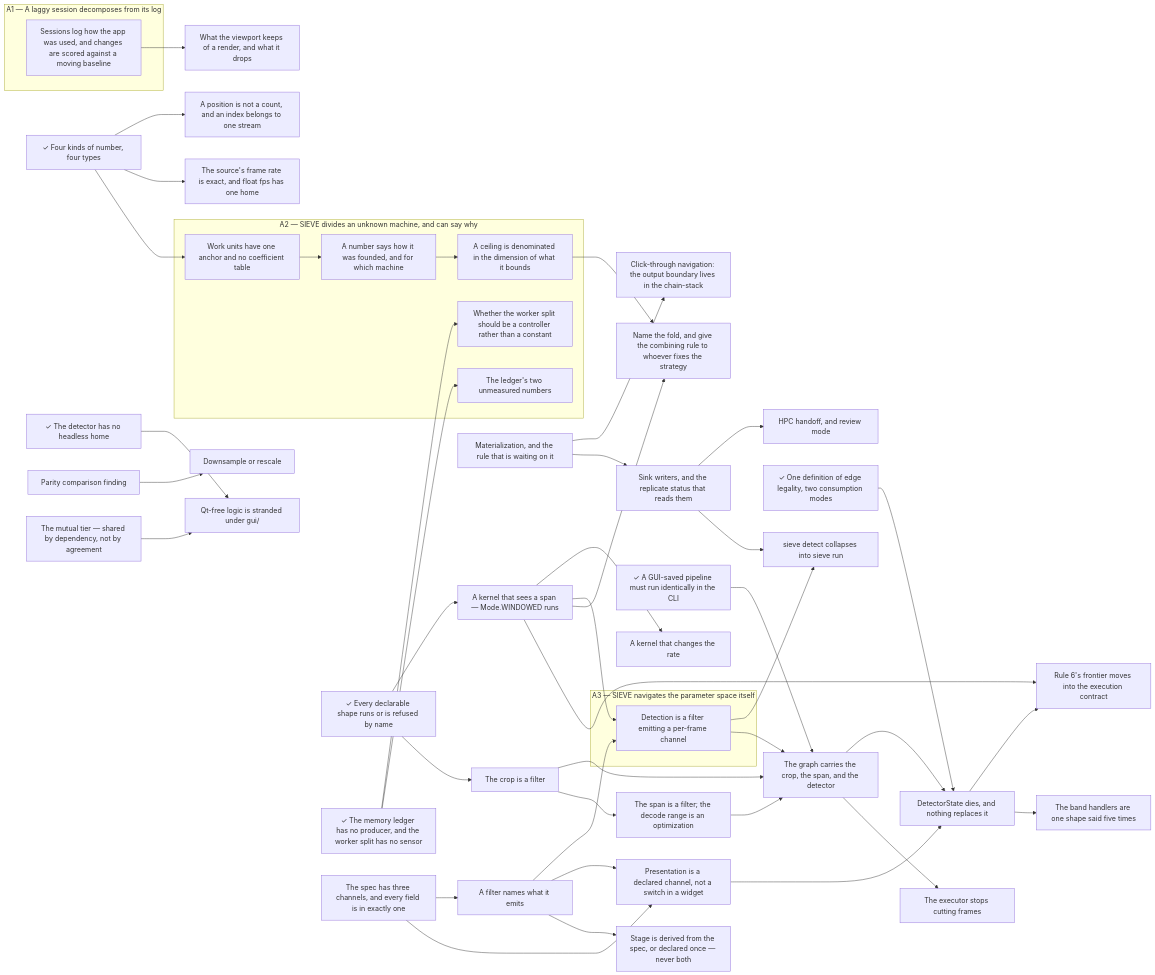
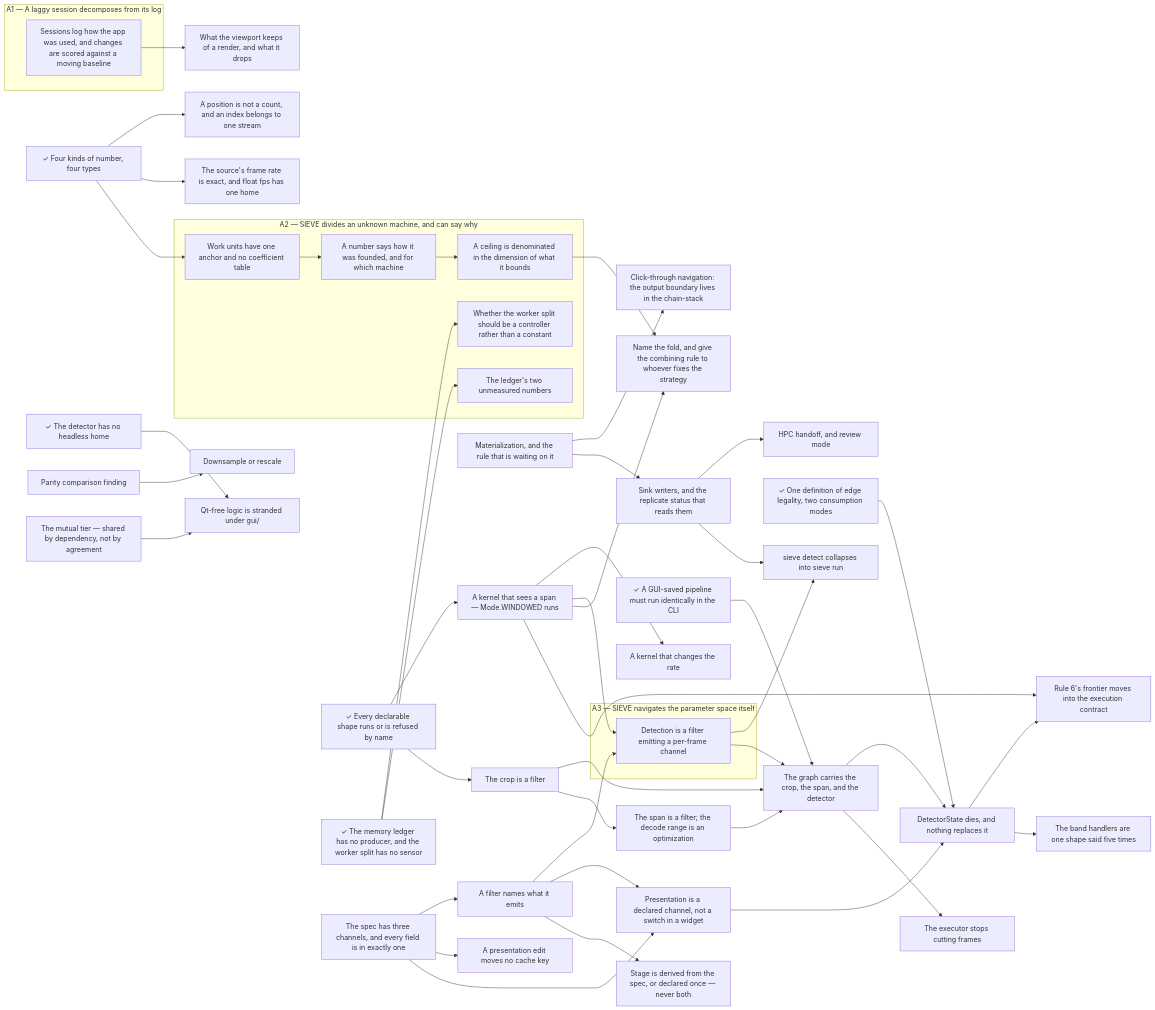
Before and after one commit to soulsynapse/antscihub-SIEVE: the diagram in docs/.state.md, drawn with Mermaid. The commit also changed other lines of this file and 4 other files, not shown here.

First line of the commit message:
docs(the-spec-has-three-channels): split the spec-channels item along its three tests

```diff
--- a/docs/.state.md
+++ b/docs/.state.md
@@ -155,6 +159,7 @@
     name_the_fold["Name the fold, and give the combining rule to whoever fixes the strategy"]
     one_definition_of_edge_legality["✓ One definition of edge legality, two consumption modes"]
     parity_comparison_finding["Parity comparison finding"]
+    presentation_edits_move_no_key["A presentation edit moves no cache key"]
     presentation_is_a_channel_not_a_switch["Presentation is a declared channel, not a switch in a widget"]
     proxy_retention_policy["What the viewport keeps of a render, and what it drops"]
     qt_free_logic_under_gui["Qt-free logic is stranded under gui/"]
@@ -188,6 +193,7 @@
     ledger_producers --> ledger_measurements
     ceilings_in_the_dimension_they_bound --> name_the_fold
     a_kernel_that_sees_a_span --> name_the_fold
+    the_spec_has_three_channels --> presentation_edits_move_no_key
     the_spec_has_three_channels --> presentation_is_a_channel_not_a_switch
     a_filter_names_what_it_emits --> presentation_is_a_channel_not_a_switch
     slow_path_surfacing --> proxy_retention_policy
```
